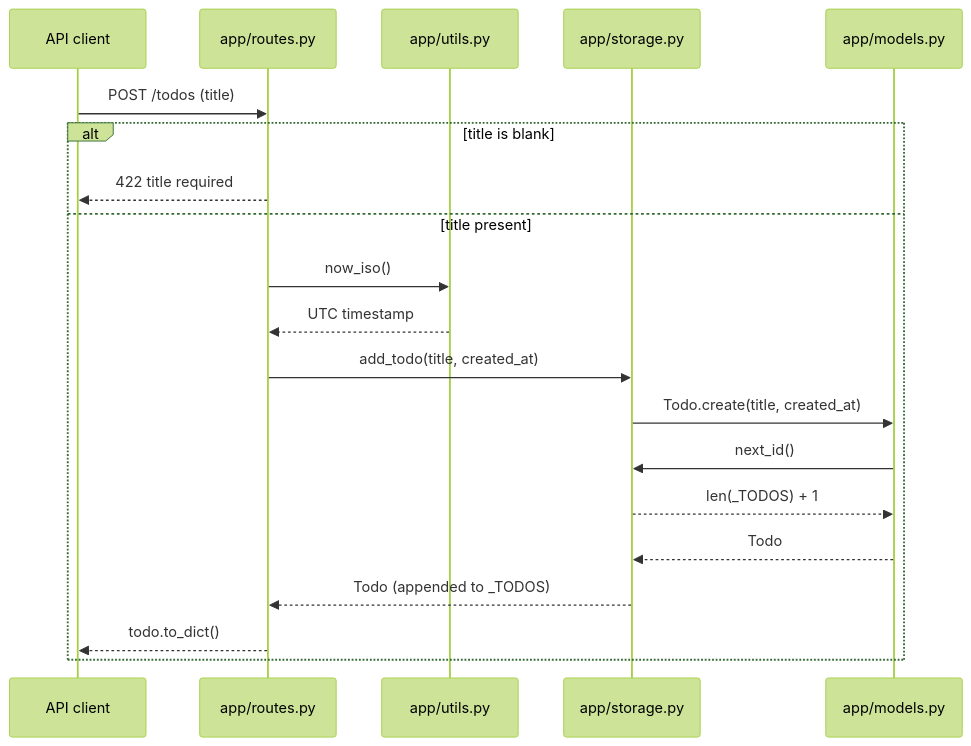
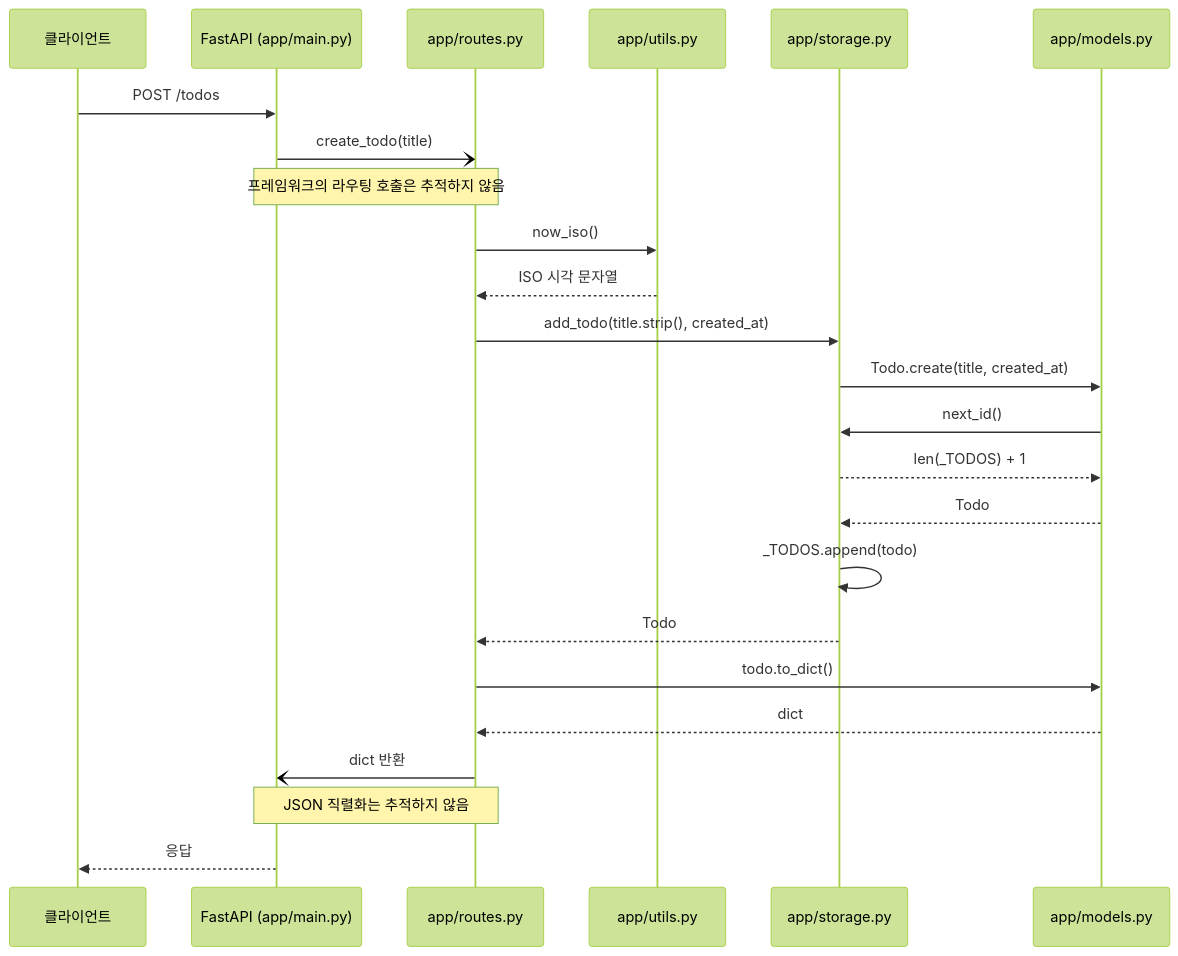
The first of 3 diagrams in examples/python-todo-api/docs/codemap/sequence-flow.md (hxxnn/codemap), drawn with Mermaid (forest theme) before and after one commit. The commit also changed other lines of this file and 44 other files, not shown here.

````diff
--- a/examples/python-todo-api/docs/codemap/sequence-flow.md
+++ b/examples/python-todo-api/docs/codemap/sequence-flow.md
@@ -14,22 +18,26 @@
 ```mermaid
 sequenceDiagram
-    participant C as API client
-    participant R as app/routes.py
-    participant U as app/utils.py
-    participant S as app/storage.py
-    participant M as app/models.py
-    C->>R: POST /todos (title)
-    alt title is blank
-        R-->>C: 422 title required
-    else title present
-        R->>U: now_iso()
-        U-->>R: UTC timestamp
-        R->>S: add_todo(title, created_at)
-        S->>M: Todo.create(title, created_at)
-        M->>S: next_id()
-        S-->>M: len(_TODOS) + 1
-        M-->>S: Todo
-        S-->>R: Todo (appended to _TODOS)
-        R-->>C: todo.to_dict()
-    end
+  participant C as 클라이언트
+  participant F as FastAPI (app/main.py)
+  participant R as app/routes.py
+  participant U as app/utils.py
+  participant S as app/storage.py
+  participant M as app/models.py
+  C->>F: POST /todos
+  F-)R: create_todo(title)
+  Note over F,R: 프레임워크의 라우팅 호출은 추적하지 않음
+  R->>U: now_iso()
+  U-->>R: ISO 시각 문자열
+  R->>S: add_todo(title.strip(), created_at)
+  S->>M: Todo.create(title, created_at)
+  M->>S: next_id()
+  S-->>M: len(_TODOS) + 1
+  M-->>S: Todo
+  S->>S: _TODOS.append(todo)
+  S-->>R: Todo
+  R->>M: todo.to_dict()
+  M-->>R: dict
+  R-)F: dict 반환
+  Note over R,F: JSON 직렬화는 추적하지 않음
+  F-->>C: 응답
 ```
````
